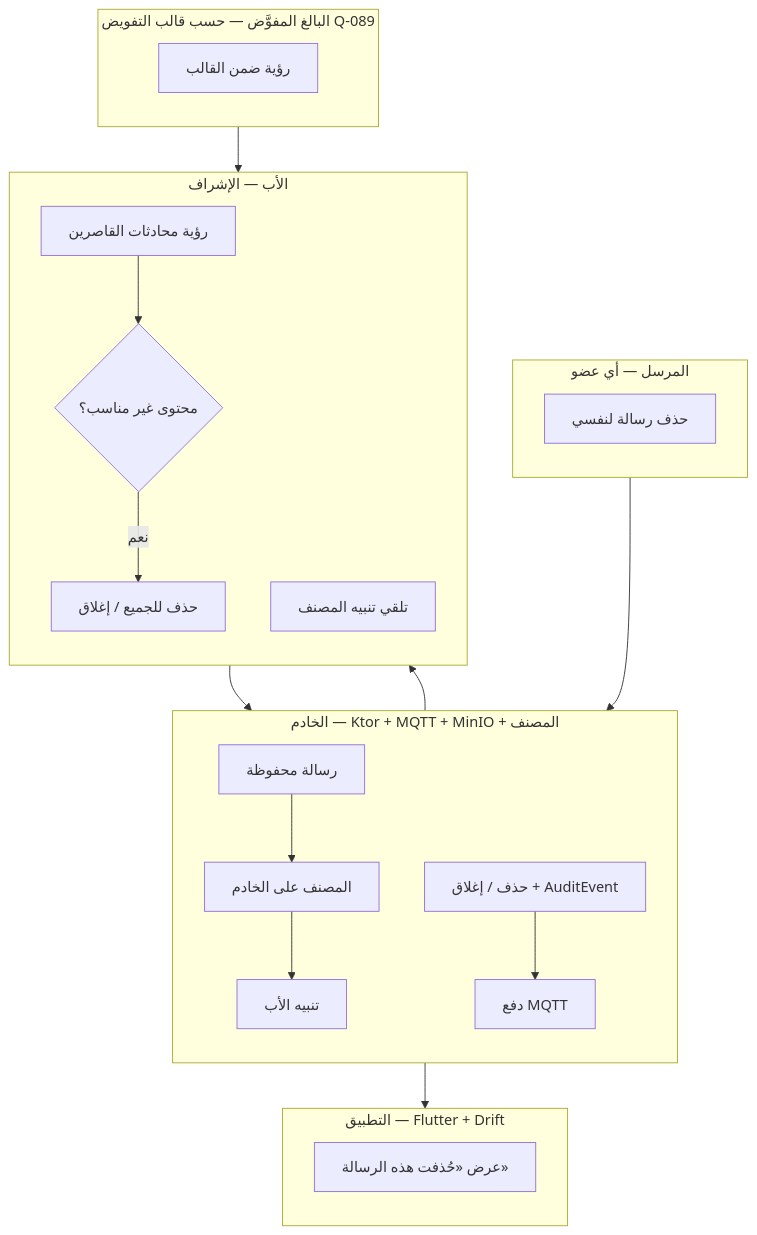
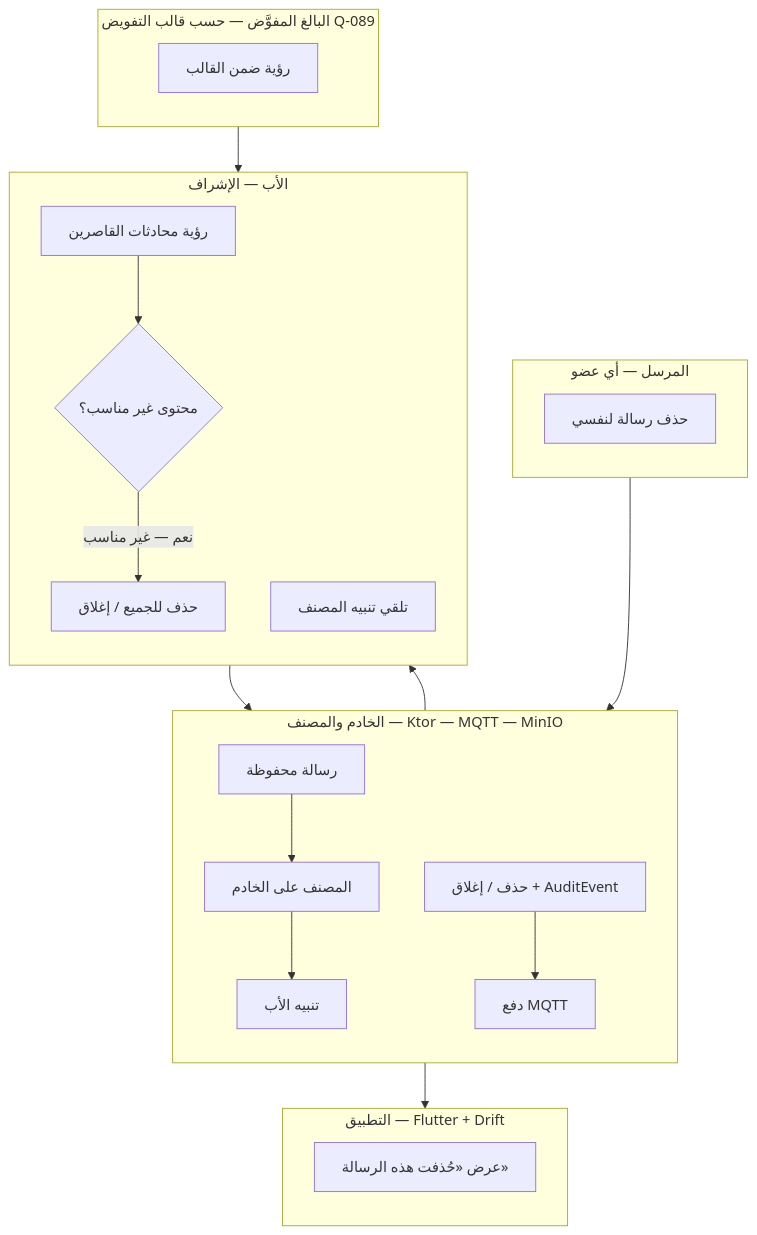
One commit to Bassam-mohammed-alqaeadi/family-os-v2 changed diagram 27 of 27 in docs/family-os/governance/phases/phase-1/S1-08-chat-basic/DIAGRAMS.md. Above: the diagram before and after it, drawn with Mermaid. The commit also changed other lines of this file, not shown here.

````diff
--- a/docs/family-os/governance/phases/phase-1/S1-08-chat-basic/DIAGRAMS.md
+++ b/docs/family-os/governance/phases/phase-1/S1-08-chat-basic/DIAGRAMS.md
@@ -730,41 +965,41 @@
 ```mermaid
 flowchart TD
     subgraph App [التطبيق — Flutter + Drift]
         direction TB
         A7["عرض «حُذفت هذه الرسالة»"]
     end
     subgraph Sender [المرسل — أي عضو]
         direction TB
         U5[حذف رسالة لنفسي]
     end
-    subgraph Server [الخادم — Ktor + MQTT + MinIO + المصنف]
+    subgraph Server [الخادم والمصنف — Ktor — MQTT — MinIO]
         direction TB
         V2[رسالة محفوظة]
         V5[المصنف على الخادم]
         V6[تنبيه الأب]
         V7[حذف / إغلاق + AuditEvent]
         V4[دفع MQTT]
     end
     subgraph Father [الأب — الإشراف]
         direction TB
         F1[رؤية محادثات القاصرين]
         F2{محتوى غير مناسب؟}
         F3[حذف للجميع / إغلاق]
         F4[تلقي تنبيه المصنف]
     end
     subgraph Delegated [البالغ المفوَّض — حسب قالب التفويض Q-089]
         direction TB
         D1[رؤية ضمن القالب]
     end
 
     V2 --> V5
     V5 --> V6
     V6 --> F4
     F1 --> F2
     D1 --> F2
-    F2 -->|نعم| F3
+    F2 -->|نعم — غير مناسب| F3
     F3 --> V7
     V7 --> V4
     V4 --> A7
     U5 --> V7
 ```
````
